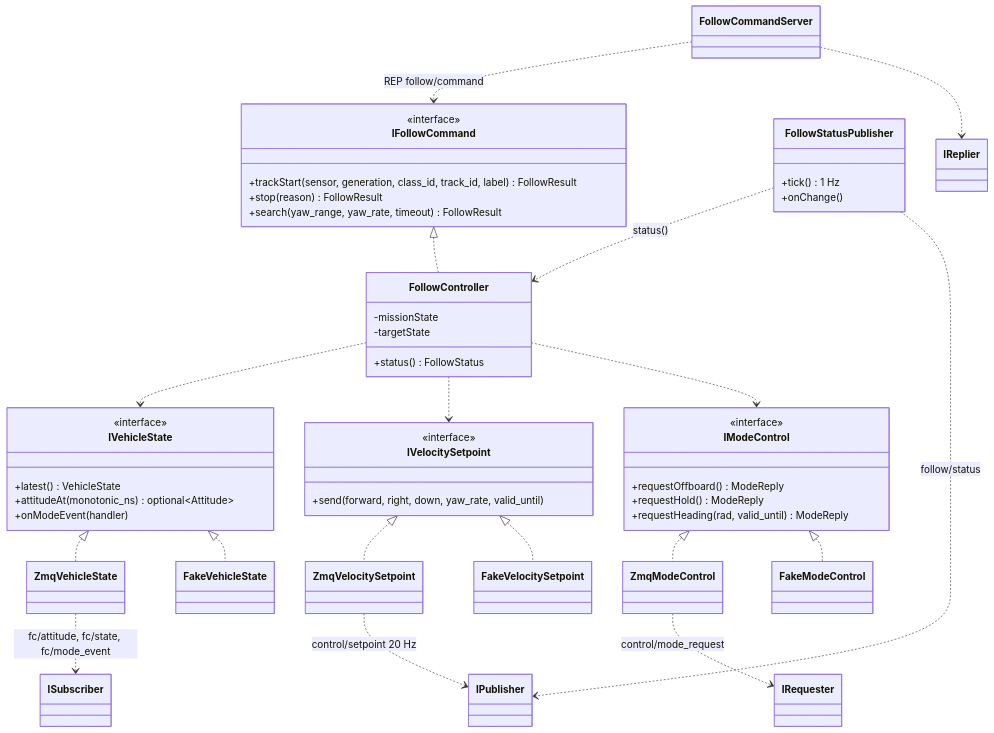
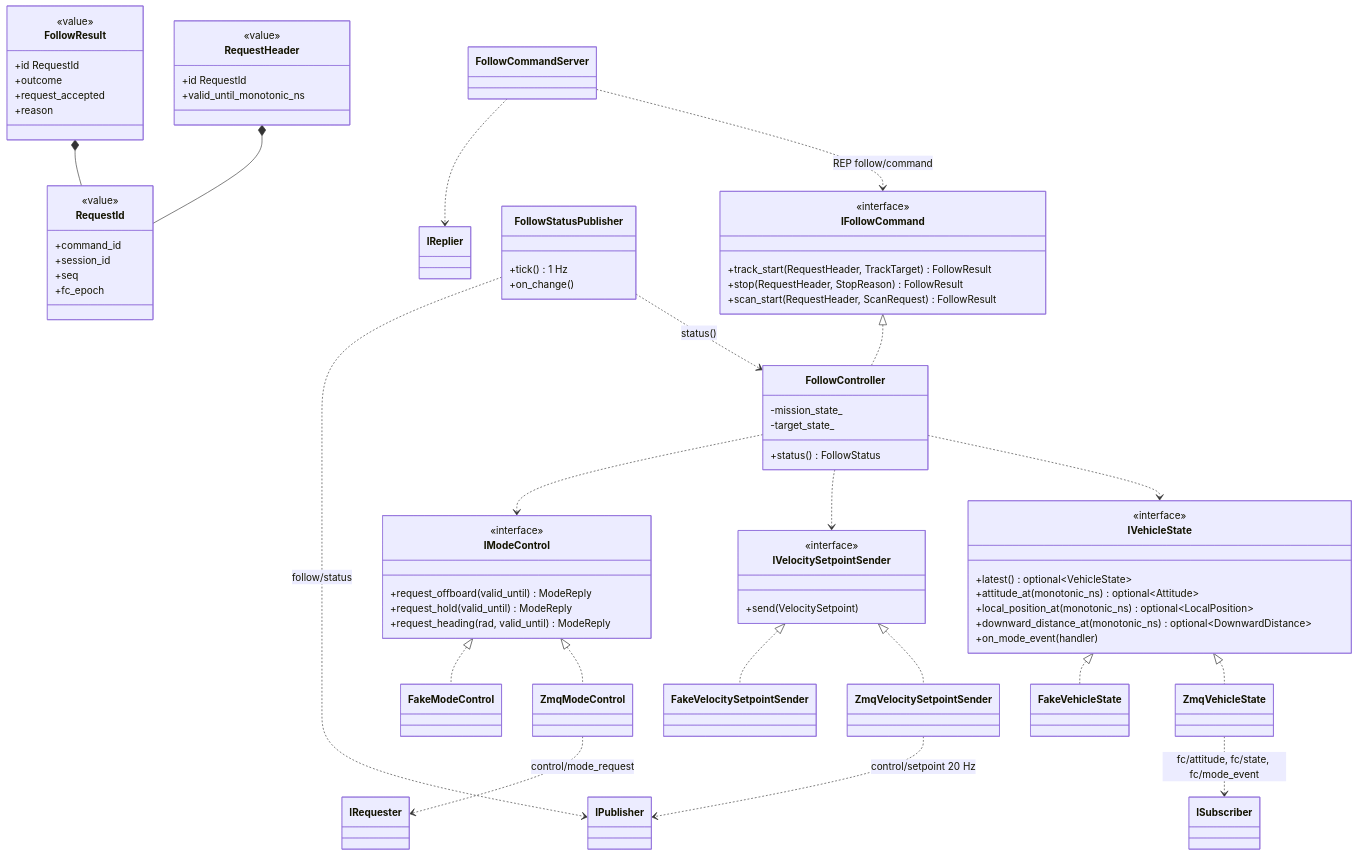
One commit to lig-argus/argus-edge-vision changed the diagram in docs/design/uml/class_follow.md. Above: the diagram before and after it, drawn with Mermaid. The commit also changed other lines of this file and 27 other files, not shown here.

First line of the commit message:
feat(onboard): vehicle_api 인터페이스, 값 타입과 테스트용 Fake 추가 (#44)

````diff
--- a/docs/design/uml/class_follow.md
+++ b/docs/design/uml/class_follow.md
@@ -9,59 +9,82 @@
 ```mermaid
 classDiagram
     class IVehicleState {
         <<interface>>
-        +latest() VehicleState
-        +attitudeAt(monotonic_ns) optional~Attitude~
-        +onModeEvent(handler)
+        +latest() optional~VehicleState~
+        +attitude_at(monotonic_ns) optional~Attitude~
+        +local_position_at(monotonic_ns) optional~LocalPosition~
+        +downward_distance_at(monotonic_ns) optional~DownwardDistance~
+        +on_mode_event(handler)
     }
-    class IVelocitySetpoint {
+    class IVelocitySetpointSender {
         <<interface>>
-        +send(forward, right, down, yaw_rate, valid_until)
+        +send(VelocitySetpoint)
     }
     class IModeControl {
         <<interface>>
-        +requestOffboard() ModeReply
-        +requestHold() ModeReply
-        +requestHeading(rad, valid_until) ModeReply
+        +request_offboard(valid_until) ModeReply
+        +request_hold(valid_until) ModeReply
+        +request_heading(rad, valid_until) ModeReply
     }
     class IFollowCommand {
         <<interface>>
-        +trackStart(sensor, generation, class_id, track_id, label) FollowResult
-        +stop(reason) FollowResult
-        +search(yaw_range, yaw_rate, timeout) FollowResult
+        +track_start(RequestHeader, TrackTarget) FollowResult
+        +stop(RequestHeader, StopReason) FollowResult
+        +scan_start(RequestHeader, ScanRequest) FollowResult
     }
+    class RequestId {
+        <<value>>
+        +command_id
+        +session_id
+        +seq
+        +fc_epoch
+    }
+    class RequestHeader {
+        <<value>>
+        +id RequestId
+        +valid_until_monotonic_ns
+    }
+    class FollowResult {
+        <<value>>
+        +id RequestId
+        +outcome
+        +request_accepted
+        +reason
+    }
+    RequestHeader *-- RequestId
+    FollowResult *-- RequestId
     class FollowController {
-        -missionState
-        -targetState
+        -mission_state_
+        -target_state_
         +status() FollowStatus
     }
     class ZmqVehicleState
-    class ZmqVelocitySetpoint
+    class ZmqVelocitySetpointSender
     class ZmqModeControl
     class FollowCommandServer
     class FollowStatusPublisher {
         +tick() 1 Hz
-        +onChange()
+        +on_change()
     }
     class FakeVehicleState
-    class FakeVelocitySetpoint
+    class FakeVelocitySetpointSender
     class FakeModeControl
 
     IVehicleState <|.. ZmqVehicleState
     IVehicleState <|.. FakeVehicleState
-    IVelocitySetpoint <|.. ZmqVelocitySetpoint
-    IVelocitySetpoint <|.. FakeVelocitySetpoint
+    IVelocitySetpointSender <|.. ZmqVelocitySetpointSender
+    IVelocitySetpointSender <|.. FakeVelocitySetpointSender
     IModeControl <|.. ZmqModeControl
     IModeControl <|.. FakeModeControl
     IFollowCommand <|.. FollowController
     FollowController ..> IVehicleState
-    FollowController ..> IVelocitySetpoint
+    FollowController ..> IVelocitySetpointSender
     FollowController ..> IModeControl
     FollowCommandServer ..> IFollowCommand : REP follow/command
     FollowStatusPublisher ..> FollowController : status()
     ZmqVehicleState ..> ISubscriber : fc/attitude, fc/state, fc/mode_event
-    ZmqVelocitySetpoint ..> IPublisher : control/setpoint 20 Hz
+    ZmqVelocitySetpointSender ..> IPublisher : control/setpoint 20 Hz
     ZmqModeControl ..> IRequester : control/mode_request
     FollowCommandServer ..> IReplier
     FollowStatusPublisher ..> IPublisher : follow/status
 ```
````
